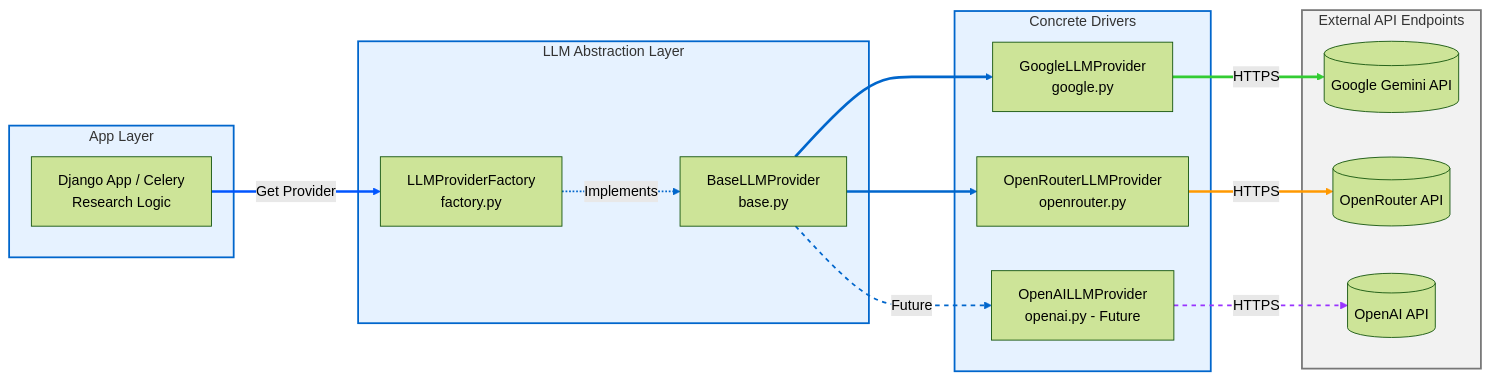
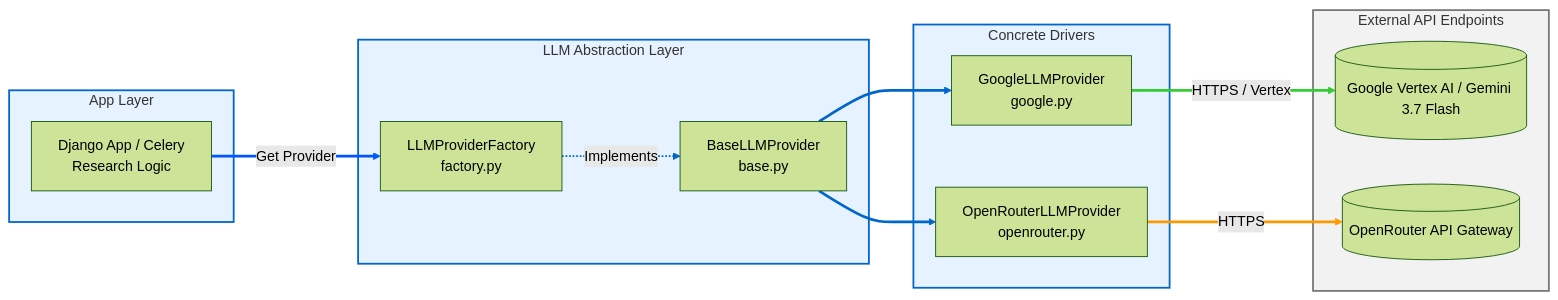
One commit to p4ku/research-intelligence changed the diagram in docs/diagrams/llm_providers.mmd. Above: the diagram before and after it, drawn with Mermaid (forest theme). The commit also changed 15 other files, not shown here.

Commit message:
docs: update diagrams and user guides for 8-stage SLR pipeline and workspace config import/export

```diff
--- a/docs/diagrams/llm_providers.mmd
+++ b/docs/diagrams/llm_providers.mmd
@@ -1,44 +1,38 @@
 graph LR
     subgraph Caller ["App Layer"]
         caller[Django App / Celery <br> Research Logic]
     end
     style Caller fill:#e6f2ff,stroke:#0066cc,stroke-width:2px
 
     subgraph Interface ["LLM Abstraction Layer"]
         factory[LLMProviderFactory <br> factory.py]
         interface[BaseLLMProvider <br> base.py]
     end
     style Interface fill:#e6f2ff,stroke:#0066cc,stroke-width:2px
 
     subgraph Drivers ["Concrete Drivers"]
         google[GoogleLLMProvider <br> google.py]
         openrouter[OpenRouterLLMProvider <br> openrouter.py]
-        openai[OpenAILLMProvider <br> openai.py - Future]
     end
     style Drivers fill:#e6f2ff,stroke:#0066cc,stroke-width:2px
 
     subgraph SaaS ["External API Endpoints"]
-        gemini[(Google Gemini API)]
-        or_api[(OpenRouter API)]
-        oa_api[(OpenAI API)]
+        gemini[(Google Vertex AI / Gemini 3.7 Flash)]
+        or_api[(OpenRouter API Gateway)]
     end
     style SaaS fill:#f2f2f2,stroke:#777777,stroke-width:2px
 
     caller ==>|Get Provider| factory
     factory -.->|Implements| interface
     interface ==> google
     interface ==> openrouter
-    interface -.->|Future| openai
 
-    google ==>|HTTPS| gemini
+    google ==>|HTTPS / Vertex| gemini
     openrouter ==>|HTTPS| or_api
-    openai -.->|HTTPS| oa_api
 
     linkStyle 0 stroke:#0055ff,stroke-width:3px;
     linkStyle 1 stroke:#0066cc,stroke-width:2px;
     linkStyle 2 stroke:#0066cc,stroke-width:3px;
     linkStyle 3 stroke:#0066cc,stroke-width:3px;
-    linkStyle 4 stroke:#0066cc,stroke-width:2px,stroke-dasharray: 5 5;
-    linkStyle 5 stroke:#33cc33,stroke-width:3px;
-    linkStyle 6 stroke:#ff9900,stroke-width:3px;
-    linkStyle 7 stroke:#9933ff,stroke-width:2px,stroke-dasharray: 5 5;
+    linkStyle 4 stroke:#33cc33,stroke-width:3px;
+    linkStyle 5 stroke:#ff9900,stroke-width:3px;
```
